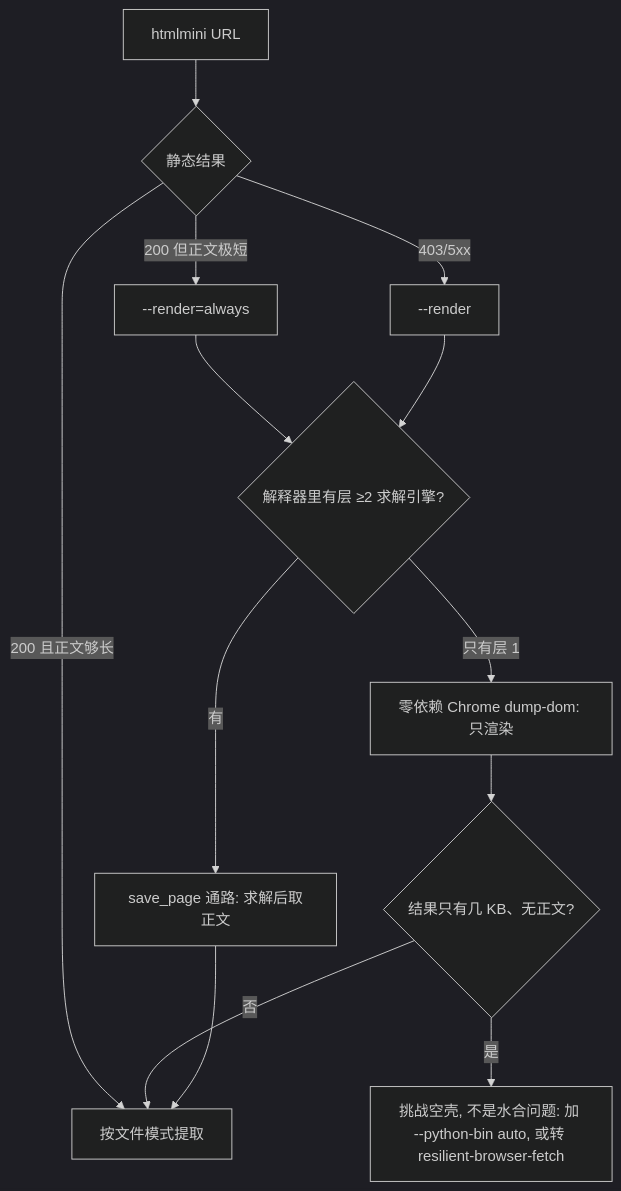
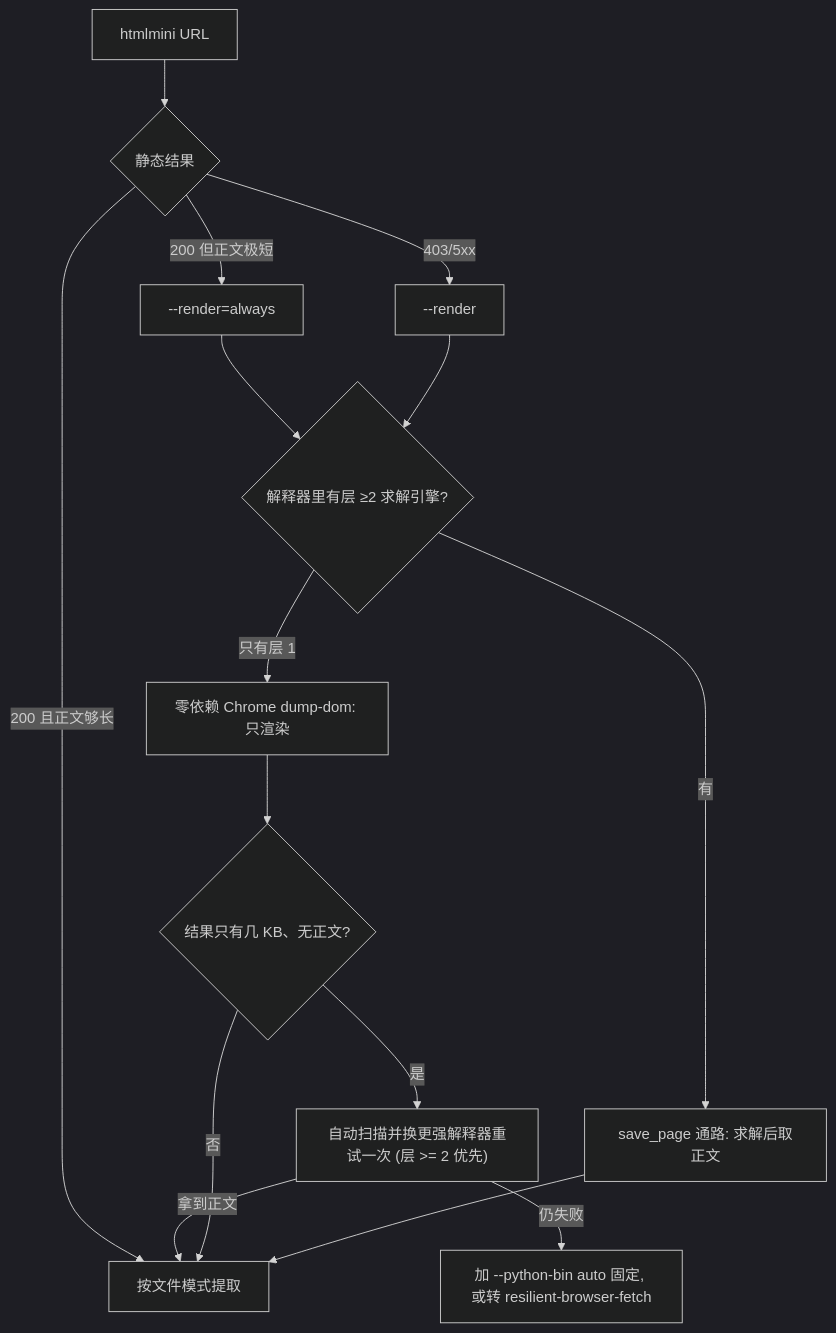
One commit to xuchaoxin1375/skills-for-developer changed the diagram in skills/htmlmini/references/usage-cases.md. Above: the diagram before and after it, drawn with Mermaid (dark theme). The commit also changed other lines of this file and 6 other files, not shown here.

````diff
--- a/skills/htmlmini/references/usage-cases.md
+++ b/skills/htmlmini/references/usage-cases.md
@@ -102,15 +102,17 @@
 ```mermaid
 flowchart TD
     S["htmlmini URL"] --> A{静态结果}
     A -->|"200 且正文够长"| X["按文件模式提取"]
     A -->|"200 但正文极短"| RA["--render=always"]
     A -->|"403/5xx"| R["--render"]
     RA --> P{"解释器里有层 ≥2 求解引擎?"}
     R --> P
     P -->|"有"| SP["save_page 通路: 求解后取正文"]
     P -->|"只有层 1"| CH["零依赖 Chrome dump-dom: 只渲染"]
     CH --> Q{结果只有几 KB、无正文?}
-    Q -->|"是"| FIX["挑战空壳, 不是水合问题: 加 --python-bin auto, 或转 resilient-browser-fetch"]
+    Q -->|"是"| ESC["自动扫描并换更强解释器重试一次 (层 >= 2 优先)"]
+    ESC -->|"仍失败"| FIX["加 --python-bin auto 固定, 或转 resilient-browser-fetch"]
+    ESC -->|"拿到正文"| X
     Q -->|"否"| X
     SP --> X
 ```
````
